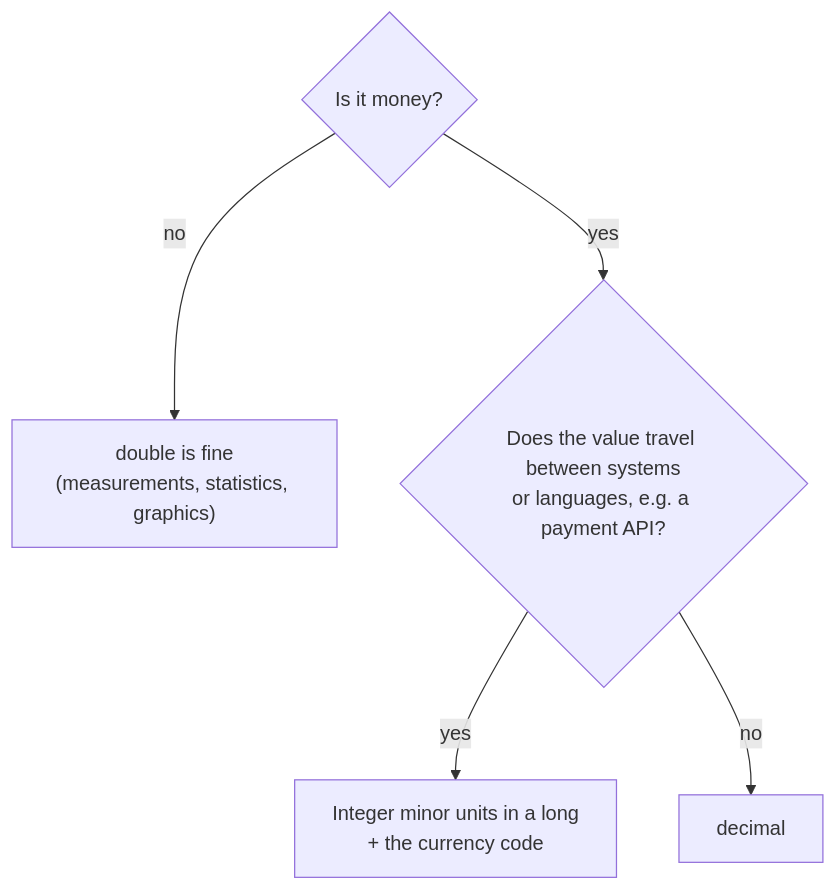
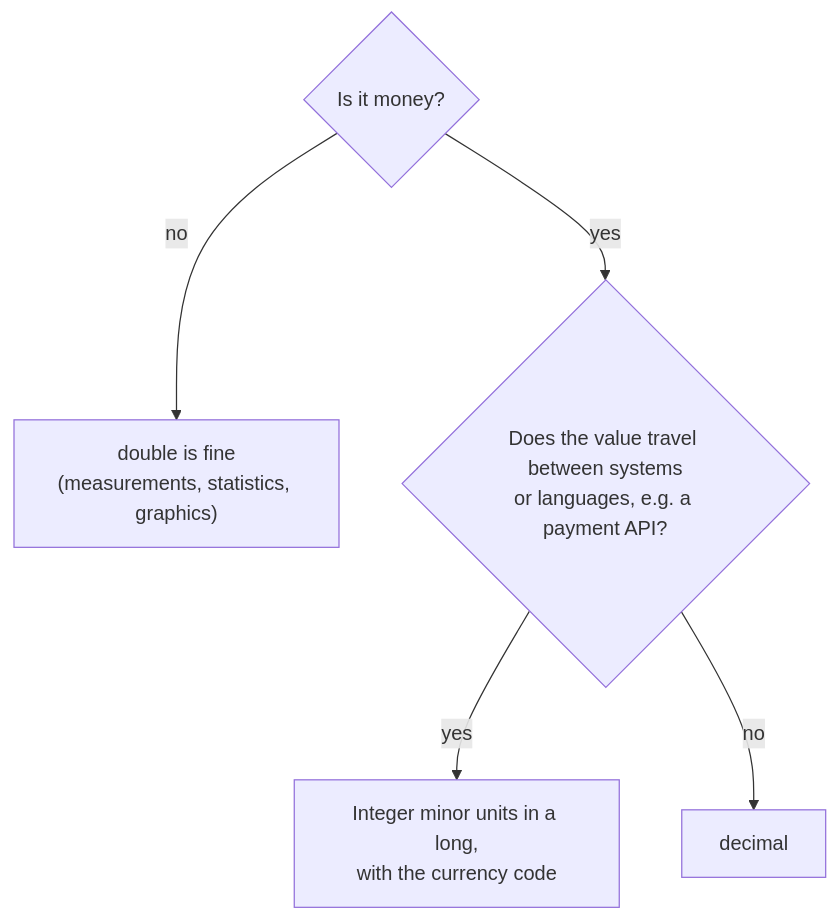
Before and after one commit to callasalvatore/csharp-algorithms: the second of 5 diagrams in appendix/A-money-in-code.md, drawn with Mermaid. The commit also changed other lines of this file and 2 other files, not shown here.

````diff
--- a/appendix/A-money-in-code.md
+++ b/appendix/A-money-in-code.md
@@ -85,7 +74,7 @@
 ```mermaid
 flowchart TB
     Q{"Is it money?"} -->|no| D["double is fine<br/>(measurements, statistics, graphics)"]
     Q -->|yes| Q2{"Does the value travel between systems<br/>or languages, e.g. a payment API?"}
-    Q2 -->|yes| C["Integer minor units in a long<br/>+ the currency code"]
+    Q2 -->|yes| C["Integer minor units in a long,<br/>with the currency code"]
     Q2 -->|no| M["decimal"]
 ```
````
